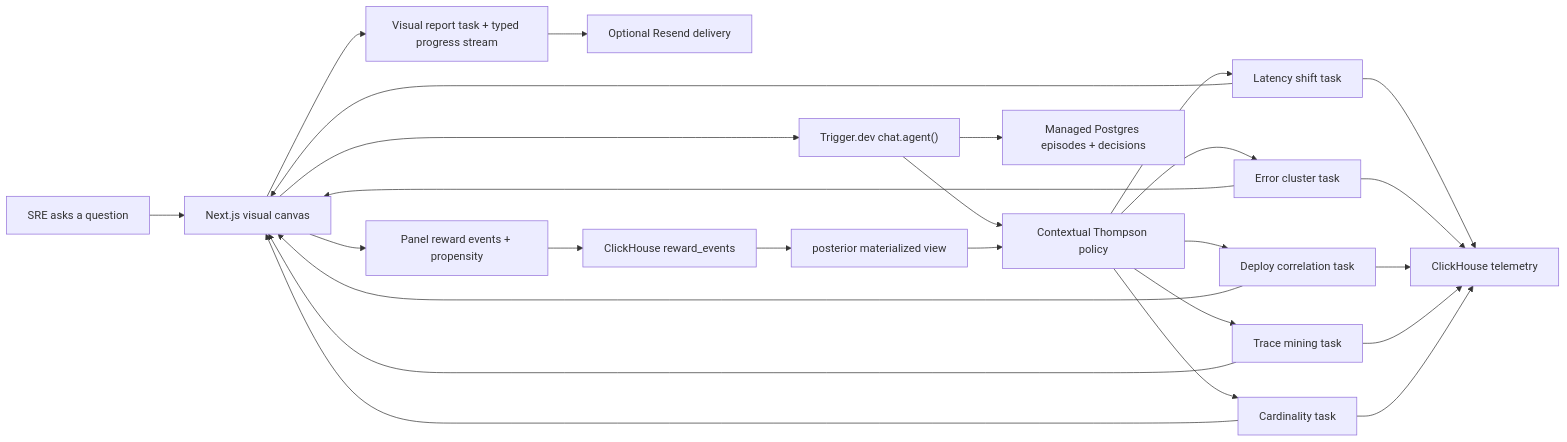
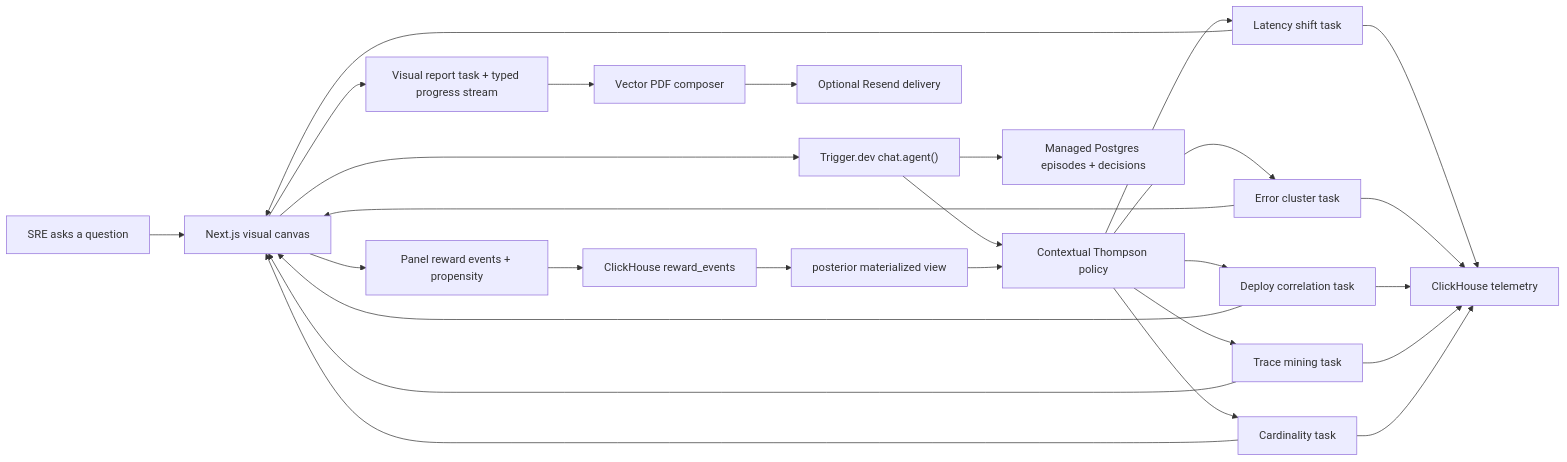
Before and after one commit to akhand0/trinetra: the diagram in README.md, drawn with Mermaid. The commit also changed other lines of this file and 6 other files, not shown here.

````diff
--- a/README.md
+++ b/README.md
@@ -27,20 +27,21 @@
 ```mermaid
 flowchart LR
     U["SRE asks a question"] --> UI["Next.js visual canvas"]
     UI --> A["Trigger.dev chat.agent()"]
     A --> P["Contextual Thompson policy"]
     P --> L["Latency shift task"]
     P --> E["Error cluster task"]
     P --> D["Deploy correlation task"]
     P --> T["Trace mining task"]
     P --> C["Cardinality task"]
     L & E & D & T & C --> CH["ClickHouse telemetry"]
     L & E & D & T & C --> UI
     UI --> VR["Visual report task + typed progress stream"]
-    VR --> EM["Optional Resend delivery"]
+    VR --> PDF["Vector PDF composer"]
+    PDF --> EM["Optional Resend delivery"]
     UI --> R["Panel reward events + propensity"]
     R --> CHR["ClickHouse reward_events"]
     CHR --> MV["posterior materialized view"]
     MV --> P
     A --> PG["Managed Postgres episodes + decisions"]
 ```
````
